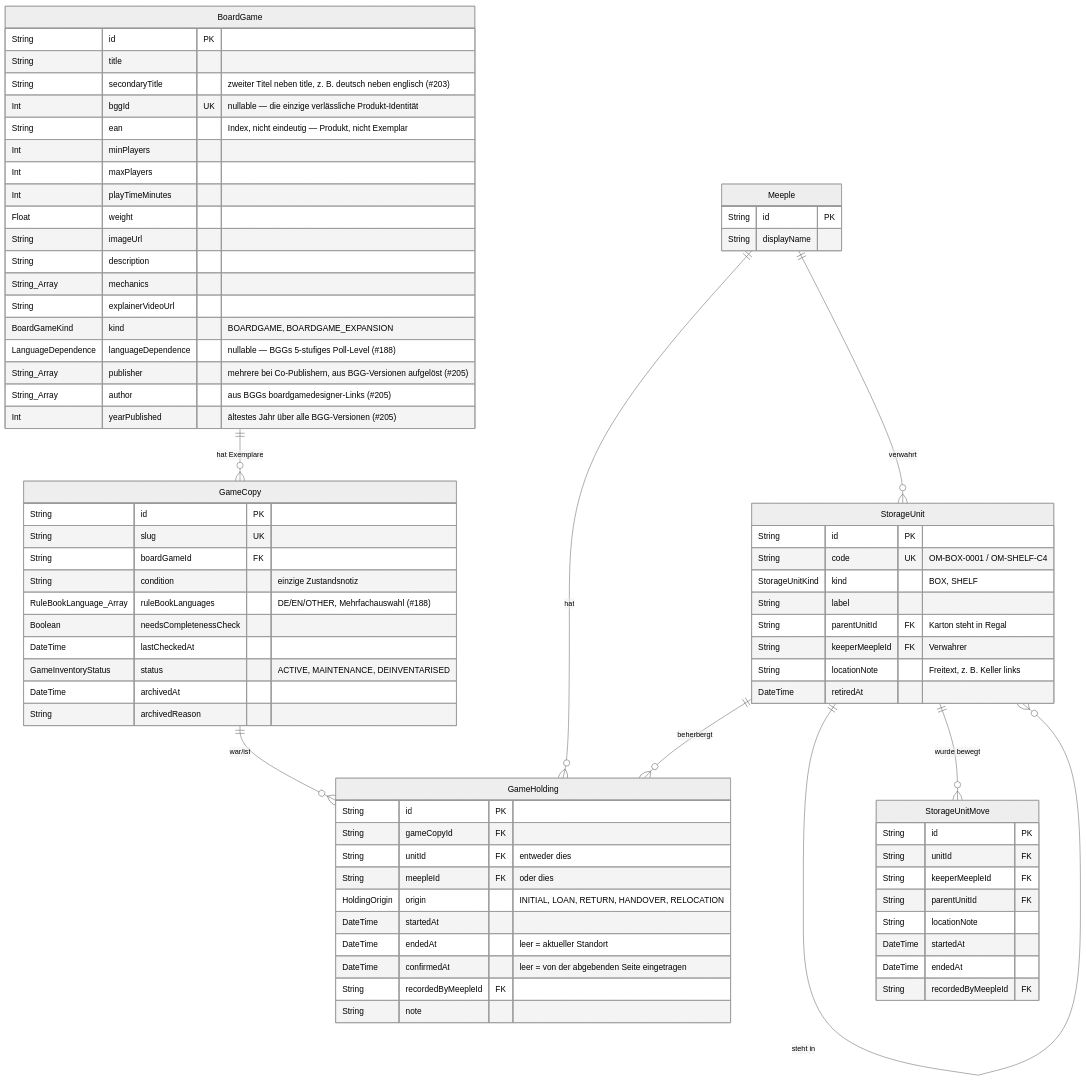
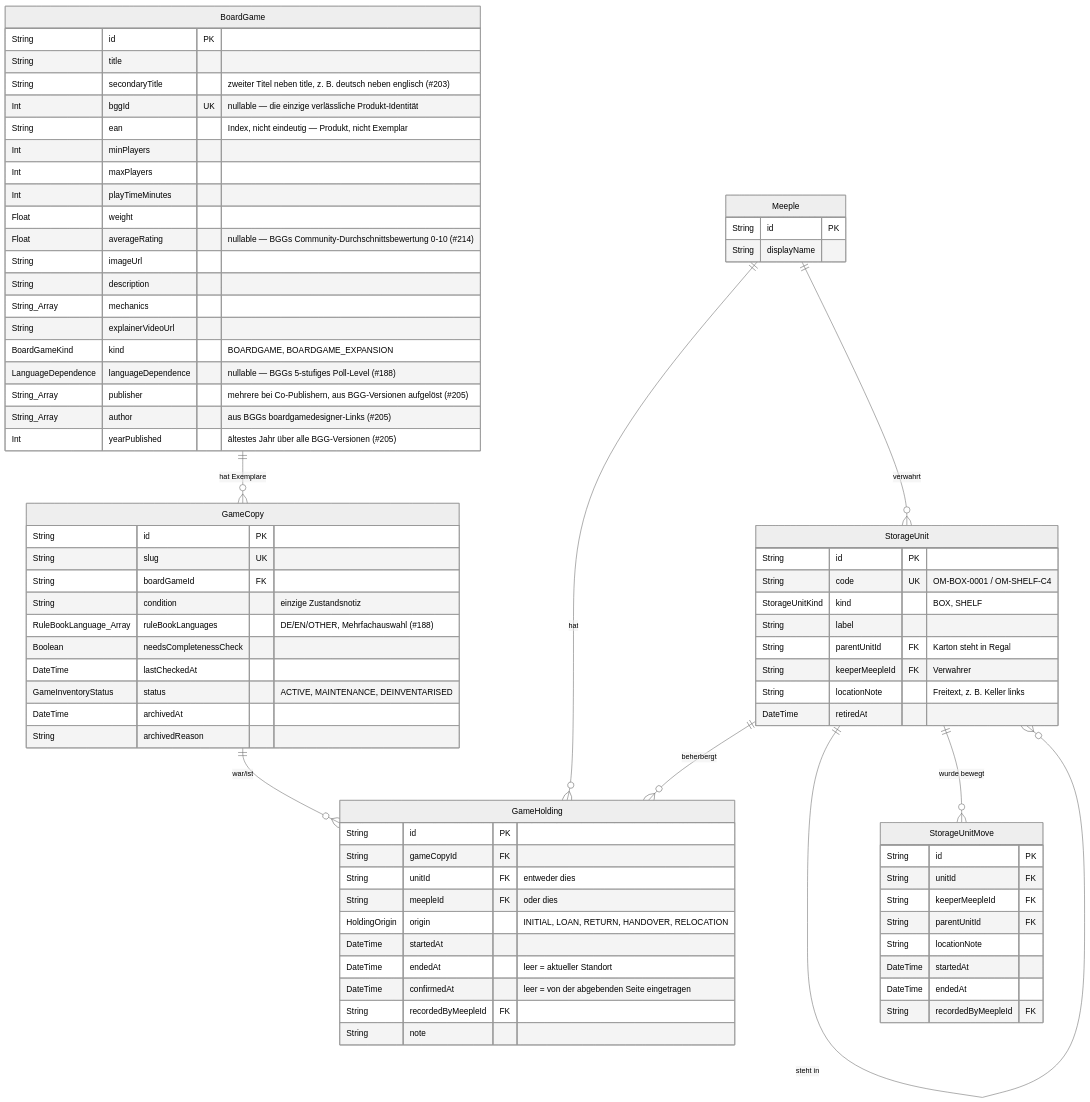
One commit to oecher-meeples/portal changed the fourth of 5 diagrams in docs/schema.md. Above: the diagram before and after it, drawn with Mermaid (neutral theme). The commit also changed 36 other files, not shown here.

First line of the commit message:
feat(bgg): store and display average BGG rating

```diff
--- a/docs/schema.md
+++ b/docs/schema.md
@@ -236,6 +236,7 @@
         Int maxPlayers
         Int playTimeMinutes
         Float weight
+        Float averageRating "nullable — BGGs Community-Durchschnittsbewertung 0-10 (#214)"
         String imageUrl
         String description
         String_Array mechanics
```
